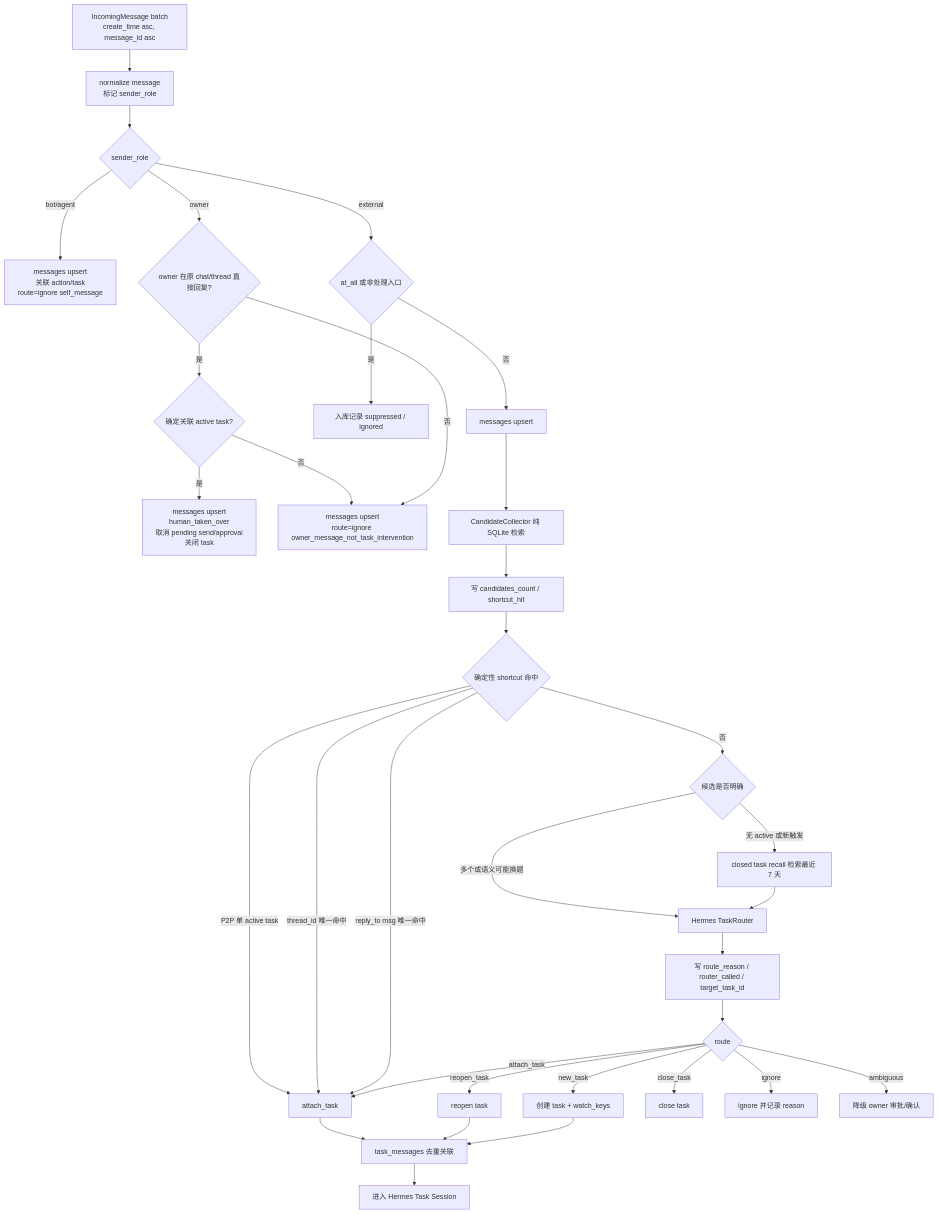
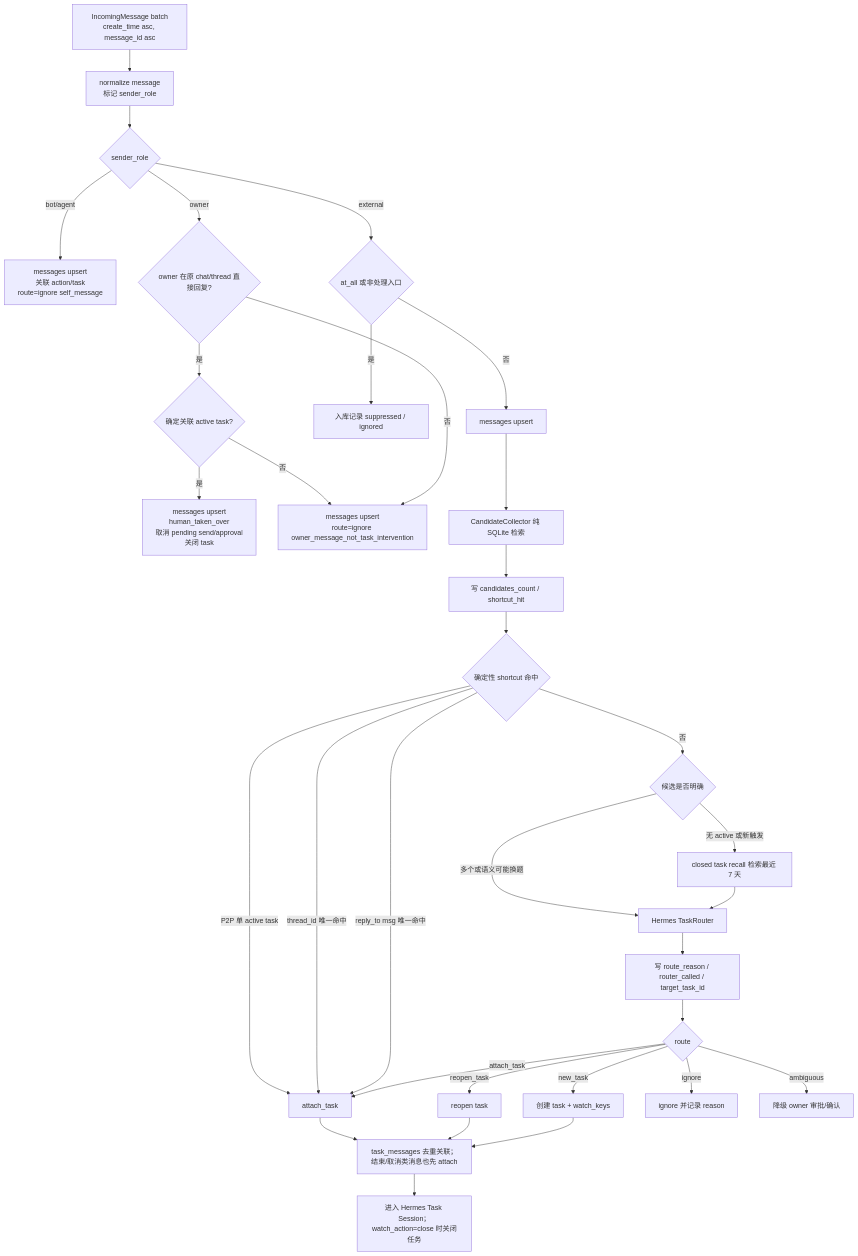
Before and after one commit to wufei-png/feishu-shadow-agent: the third of 7 diagrams in docs/specs/feishu-shadow-agent-flows.md, drawn with Mermaid. The commit also changed other lines of this file and 8 other files, not shown here.

````diff
--- a/docs/specs/feishu-shadow-agent-flows.md
+++ b/docs/specs/feishu-shadow-agent-flows.md
@@ -101,40 +101,39 @@
 ```mermaid
 flowchart TD
   Incoming["IncomingMessage batch<br/>create_time asc, message_id asc"] --> Normalize["normalize message<br/>标记 sender_role"]
   Normalize --> SenderRole{"sender_role"}
   SenderRole -->|bot/agent| SelfAudit["messages upsert<br/>关联 action/task<br/>route=ignore self_message"]
   SenderRole -->|owner| OwnerCheck{"owner 在原 chat/thread 直接回复?"}
   OwnerCheck -->|是| OwnerRelated{"确定关联 active task?"}
   OwnerRelated -->|是| HumanTakeover["messages upsert<br/>human_taken_over<br/>取消 pending send/approval<br/>关闭 task"]
   OwnerRelated -->|否| OwnerAudit["messages upsert<br/>route=ignore owner_message_not_task_intervention"]
   OwnerCheck -->|否| OwnerAudit
   SenderRole -->|external| Suppressed{"at_all 或非处理入口"}
   Suppressed -->|是| RecordSuppressed["入库记录 suppressed / ignored"]
   Suppressed -->|否| SaveMsg["messages upsert"]
   SaveMsg --> CandidateCollector["CandidateCollector 纯 SQLite 检索"]
 
   CandidateCollector --> MatchAudit["写 candidates_count / shortcut_hit"]
   MatchAudit --> Deterministic{"确定性 shortcut 命中"}
   Deterministic -->|P2P 单 active task| Attach["attach_task"]
   Deterministic -->|thread_id 唯一命中| Attach
   Deterministic -->|reply_to msg 唯一命中| Attach
 
   Deterministic -->|否| CandidateCount{"候选是否明确"}
   CandidateCount -->|无 active 或新触发| Historical["closed task recall 检索最近 7 天"]
   CandidateCount -->|多个或语义可能换题| TaskRouter["Hermes TaskRouter"]
   Historical --> TaskRouter
 
   TaskRouter --> RouterAudit["写 route_reason / router_called / target_task_id"]
   RouterAudit --> Route{"route"}
   Route -->|new_task| NewTask["创建 task + watch_keys"]
   Route -->|attach_task| Attach
   Route -->|reopen_task| Reopen["reopen task"]
-  Route -->|close_task| Close["close task"]
   Route -->|ignore| Ignore["ignore 并记录 reason"]
   Route -->|ambiguous| Approval["降级 owner 审批/确认"]
 
-  Attach --> Include["task_messages 去重关联"]
+  Attach --> Include["task_messages 去重关联；结束/取消类消息也先 attach"]
   Reopen --> Include
   NewTask --> Include
-  Include --> TaskSession["进入 Hermes Task Session"]
+  Include --> TaskSession["进入 Hermes Task Session；watch_action=close 时关闭任务"]
 ```
````
